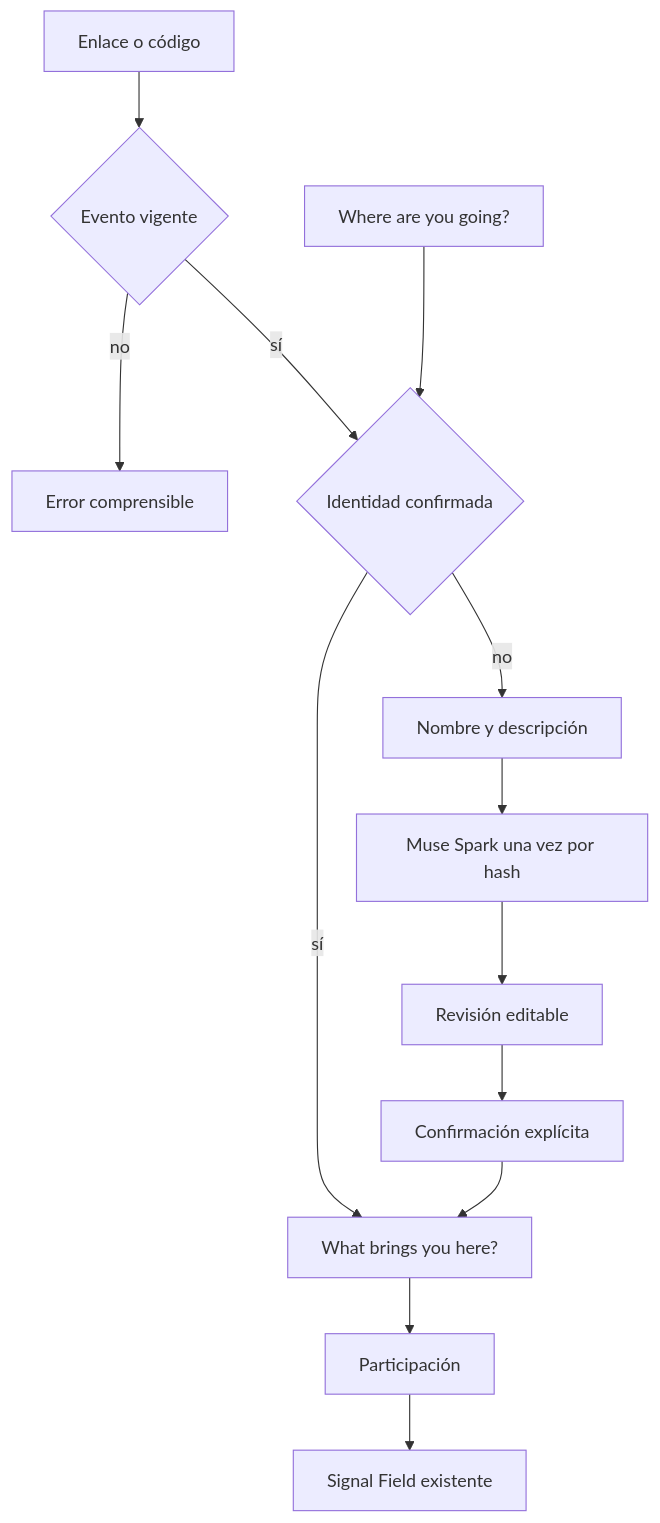
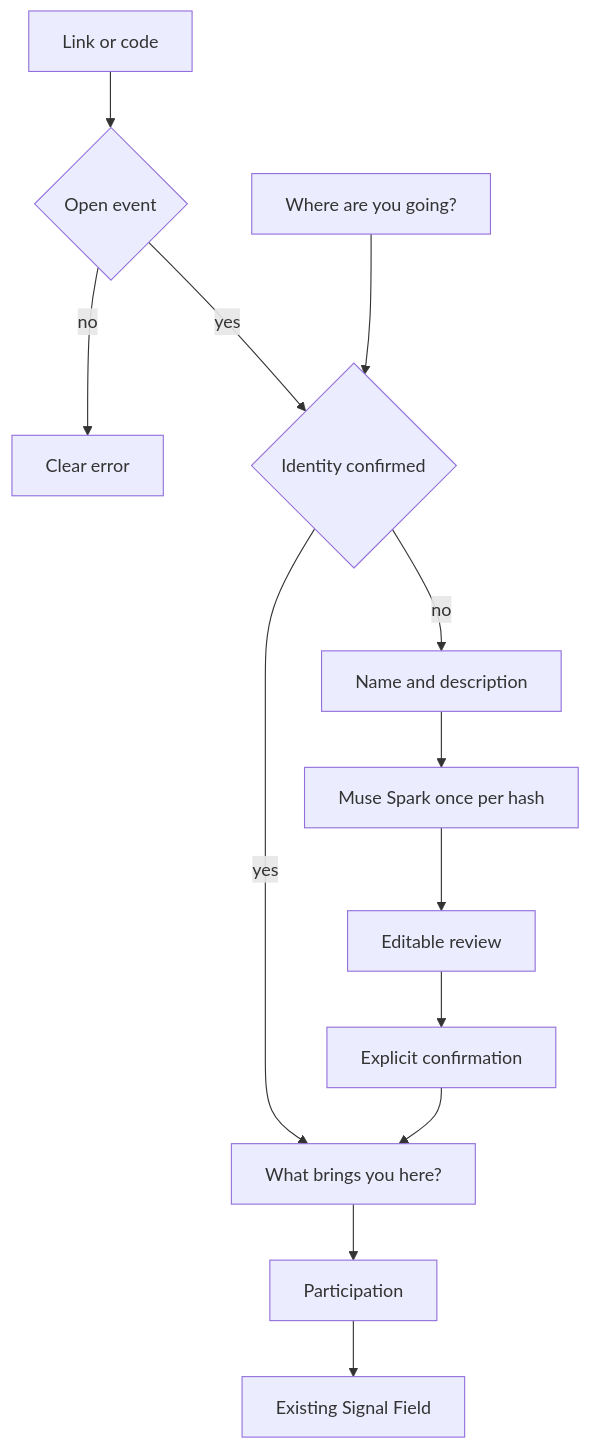
Before and after one commit to pablojhdcoder/IntroMesh: the diagram in ONBOARDING_ARCHITECTURE.md, drawn with Mermaid. The commit also changed other lines of this file and 44 other files, not shown here.

````diff
--- a/ONBOARDING_ARCHITECTURE.md
+++ b/ONBOARDING_ARCHITECTURE.md
@@ -5,15 +5,15 @@
 ```mermaid
 flowchart TD
-  invite[Enlace o código] --> resolve{Evento vigente}
-  resolve -->|no| error[Error comprensible]
-  resolve -->|sí| known{Identidad confirmada}
+  invite[Link or code] --> resolve{Open event}
+  resolve -->|no| error[Clear error]
+  resolve -->|yes| known{Identity confirmed}
   start[Where are you going?] --> known
-  known -->|no| identity[Nombre y descripción]
-  identity --> meta[Muse Spark una vez por hash]
-  meta --> review[Revisión editable]
-  review --> save[Confirmación explícita]
-  known -->|sí| intent[What brings you here?]
+  known -->|no| identity[Name and description]
+  identity --> meta[Muse Spark once per hash]
+  meta --> review[Editable review]
+  review --> save[Explicit confirmation]
+  known -->|yes| intent[What brings you here?]
   save --> intent
-  intent --> join[Participación]
-  join --> field[Signal Field existente]
+  intent --> join[Participation]
+  join --> field[Existing Signal Field]
 ```
````
